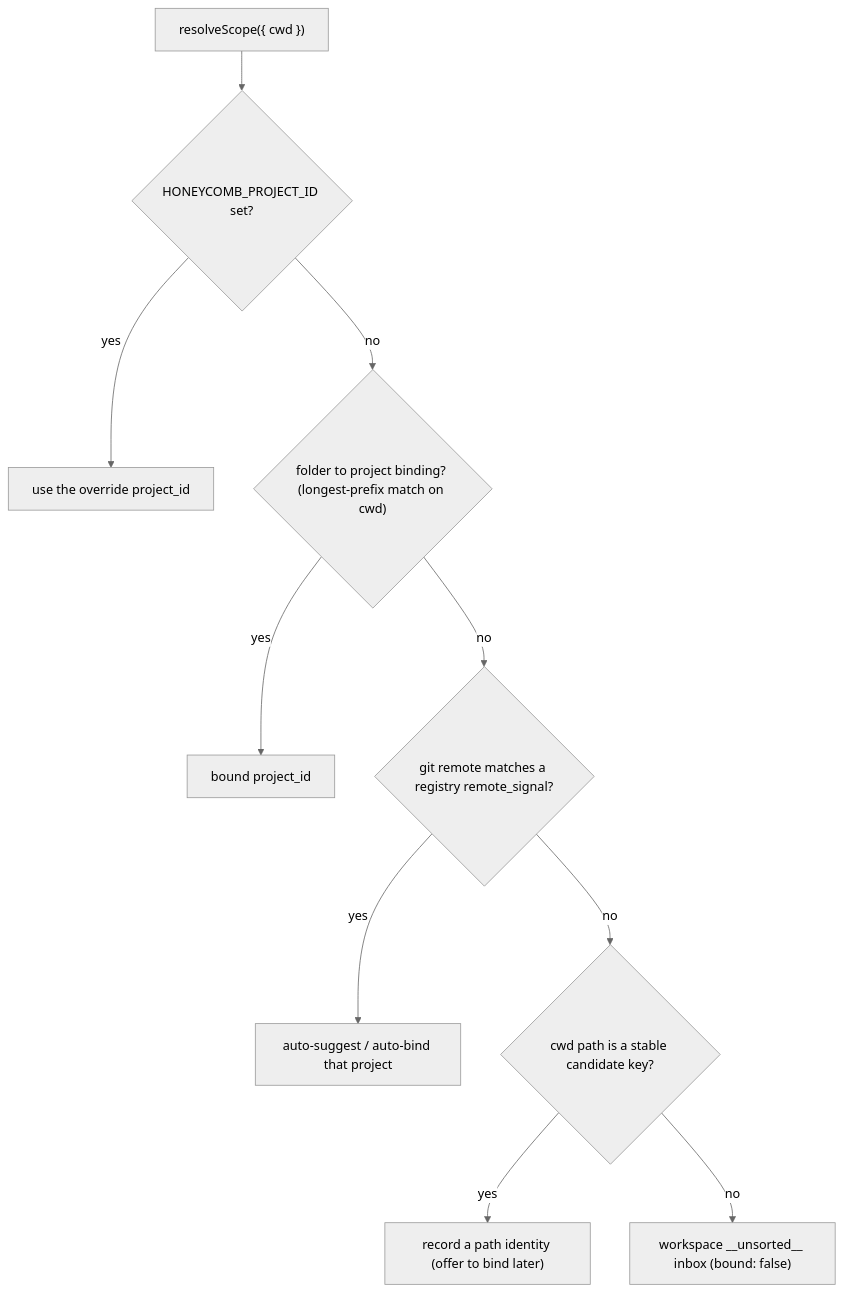
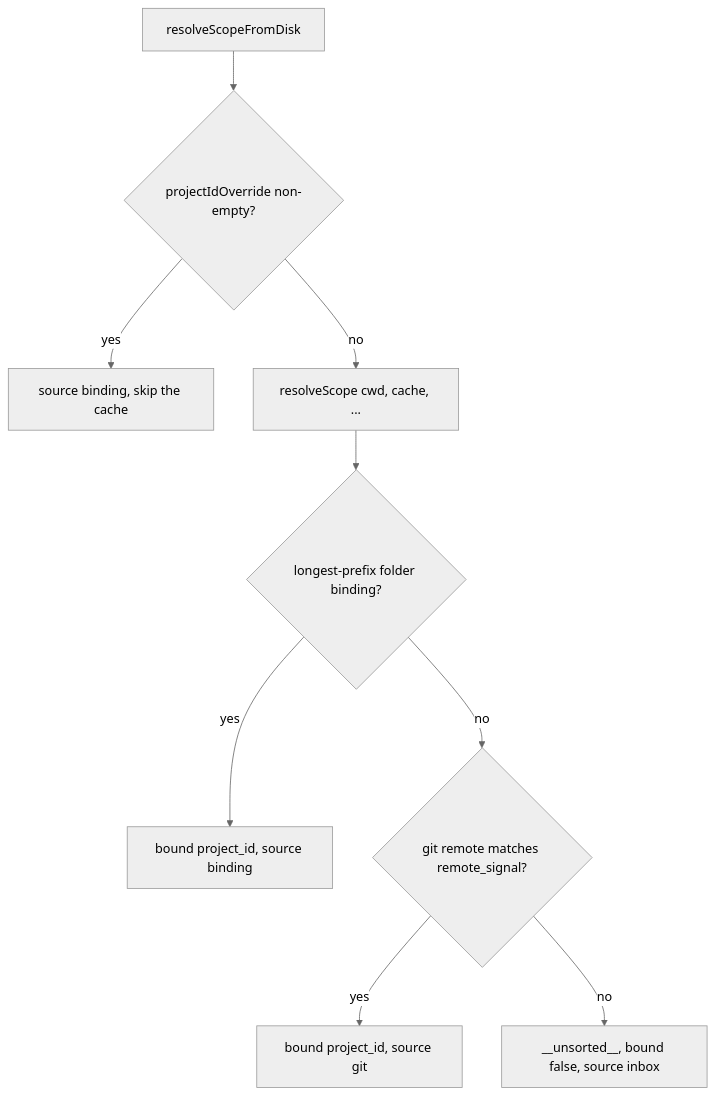
Before and after one commit to legioncodeinc/honeycomb: the second of 3 diagrams in library/knowledge/private/architecture/multi-project-and-context-switching.md, drawn with Mermaid (neutral theme). The commit also changed other lines of this file and 279 other files, not shown here.

````diff
--- a/library/knowledge/private/architecture/multi-project-and-context-switching.md
+++ b/library/knowledge/private/architecture/multi-project-and-context-switching.md
@@ -70,12 +70,11 @@
 ```mermaid
 flowchart TD
-    start["resolveScope({ cwd })"] --> env{"HONEYCOMB_PROJECT_ID set?"}
-    env -->|yes| override["use the override project_id"]
-    env -->|no| binding{"folder to project binding? (longest-prefix match on cwd)"}
-    binding -->|yes| bound["bound project_id"]
-    binding -->|no| remote{"git remote matches a registry remote_signal?"}
-    remote -->|yes| gitbind["auto-suggest / auto-bind that project"]
-    remote -->|no| path{"cwd path is a stable candidate key?"}
-    path -->|yes| candidate["record a path identity (offer to bind later)"]
-    path -->|no| inbox["workspace __unsorted__ inbox (bound: false)"]
+    disk["resolveScopeFromDisk"] --> env{"projectIdOverride non-empty?"}
+    env -->|yes| override["source binding, skip the cache"]
+    env -->|no| pure["resolveScope cwd, cache, ..."]
+    pure --> binding{"longest-prefix folder binding?"}
+    binding -->|yes| bound["bound project_id, source binding"]
+    binding -->|no| remote{"git remote matches remote_signal?"}
+    remote -->|yes| gitbind["bound project_id, source git"]
+    remote -->|no| inbox["__unsorted__, bound false, source inbox"]
 ```
````
